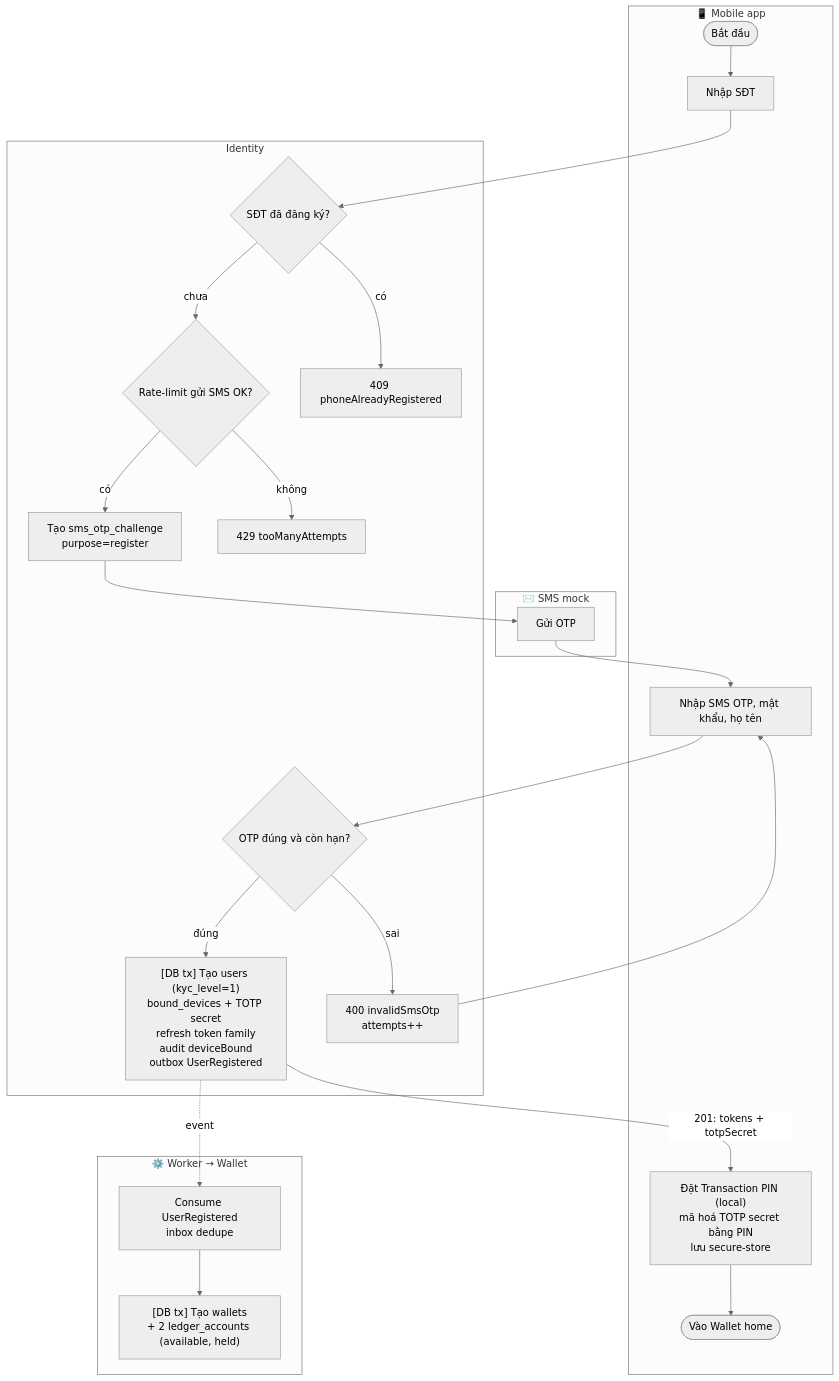
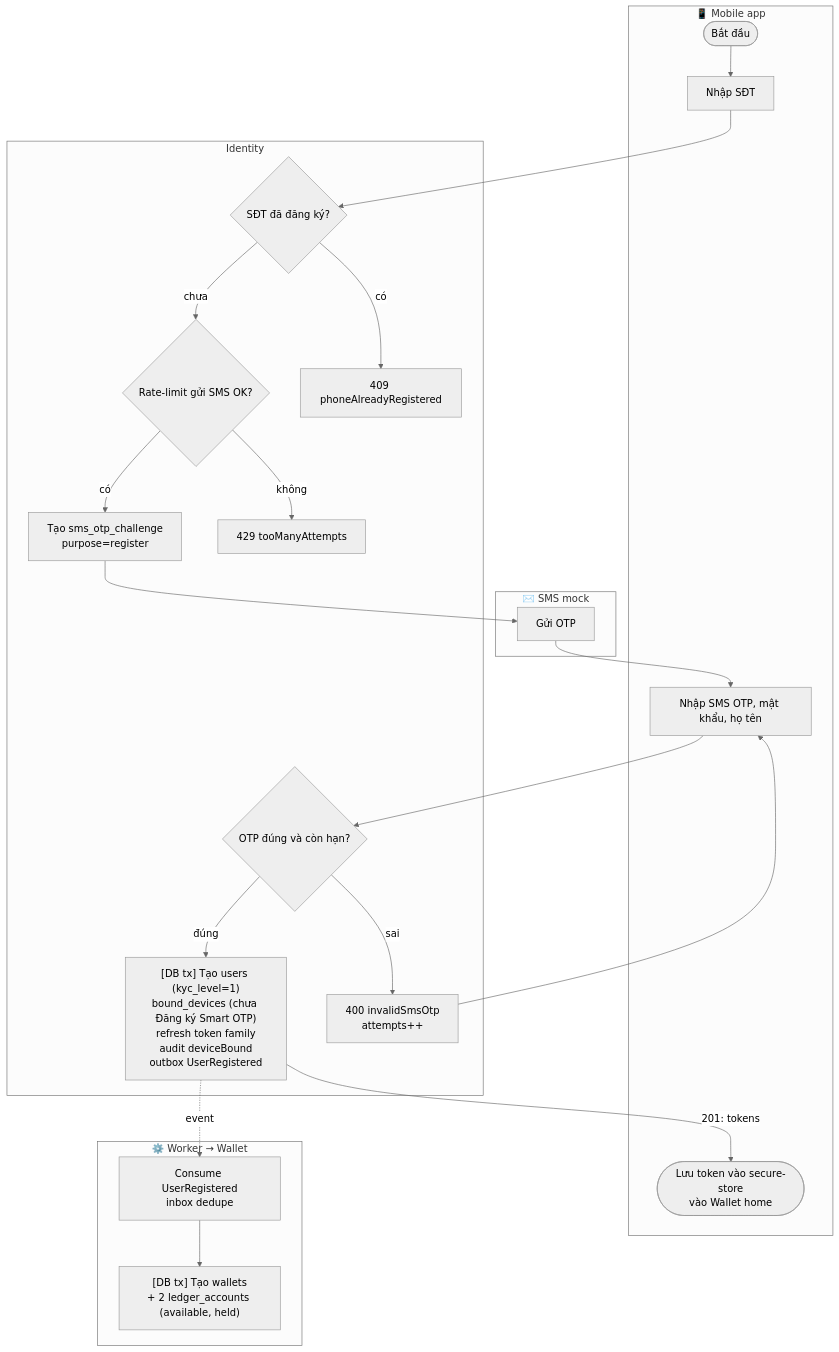
The first of 11 diagrams in backend/docs/activities.md (ha1tuan/pfm), drawn with Mermaid (neutral theme) before and after one commit. The commit also changed other lines of this file and 6 other files, not shown here.

First line of the commit message:
docs: login, device binding and deferred Smart OTP enrollment (ADR-0006)

````diff
--- a/backend/docs/activities.md
+++ b/backend/docs/activities.md
@@ -23,37 +23,36 @@
 ```mermaid
 flowchart TD
     subgraph APP["📱 Mobile app"]
         S(["Bắt đầu"]) --> A1["Nhập SĐT"]
         A3["Nhập SMS OTP, mật khẩu, họ tên"]
-        A5["Đặt Transaction PIN (local)<br/>mã hoá TOTP secret bằng PIN<br/>lưu secure-store"]
-        A5 --> E(["Vào Wallet home"])
+        E(["Lưu token vào secure-store<br/>vào Wallet home"])
     end
     subgraph ID["Identity"]
         I1{"SĐT đã đăng ký?"}
         I2{"Rate-limit gửi SMS OK?"}
         I3["Tạo sms_otp_challenge<br/>purpose=register"]
         I4{"OTP đúng và còn hạn?"}
-        I5["[DB tx] Tạo users (kyc_level=1)<br/>bound_devices + TOTP secret<br/>refresh token family<br/>audit deviceBound<br/>outbox UserRegistered"]
+        I5["[DB tx] Tạo users (kyc_level=1)<br/>bound_devices (chưa Đăng ký Smart OTP)<br/>refresh token family<br/>audit deviceBound<br/>outbox UserRegistered"]
         IE1["409 phoneAlreadyRegistered"]
         IE2["429 tooManyAttempts"]
         IE3["400 invalidSmsOtp<br/>attempts++"]
     end
     subgraph SMS["✉️ SMS mock"]
         M1["Gửi OTP"]
     end
     subgraph WK["⚙️ Worker → Wallet"]
         W1["Consume UserRegistered<br/>inbox dedupe"]
         W2["[DB tx] Tạo wallets<br/>+ 2 ledger_accounts (available, held)"]
     end
 
     A1 --> I1
     I1 -- có --> IE1
     I1 -- chưa --> I2
     I2 -- không --> IE2
     I2 -- có --> I3 --> M1 --> A3
     A3 --> I4
     I4 -- sai --> IE3 --> A3
     I4 -- đúng --> I5
-    I5 -- "201: tokens + totpSecret" --> A5
+    I5 -- "201: tokens" --> E
     I5 -. event .-> W1 --> W2
 ```
````
